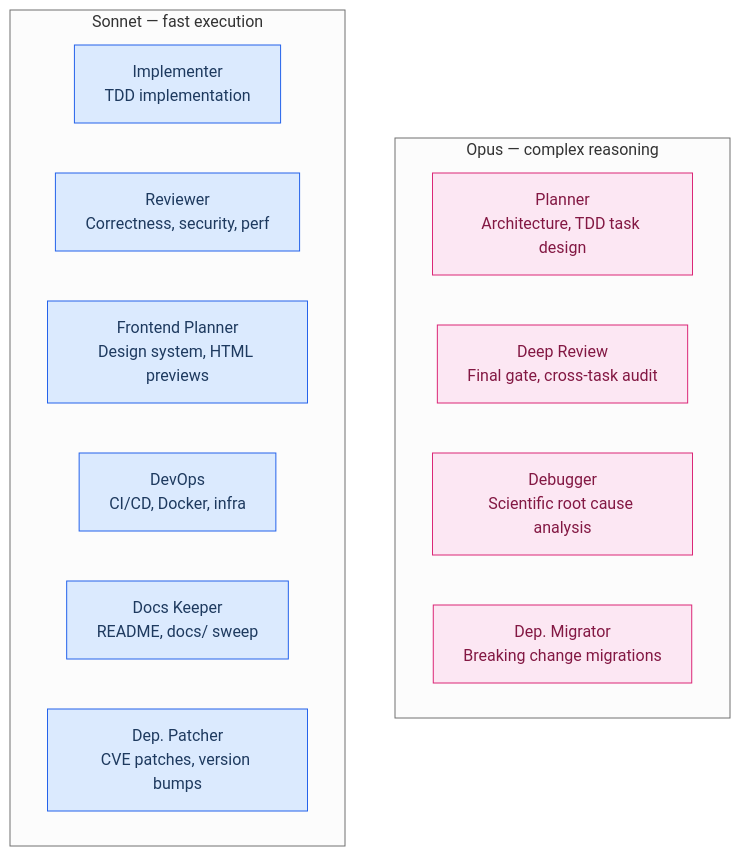
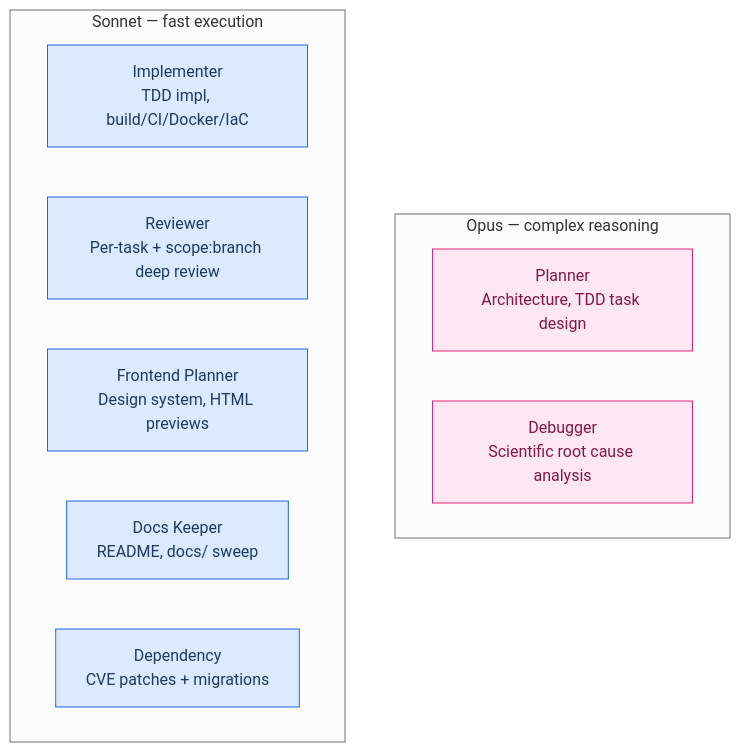
Before and after one commit to Conava/claude-devline: the fourth of 5 diagrams in README.md, drawn with Mermaid. The commit also changed other lines of this file and 60 other files, not shown here.

````diff
--- a/README.md
+++ b/README.md
@@ -254,25 +285,22 @@
 ```mermaid
 %%{init: {'theme': 'neutral'}}%%
 flowchart TB
     subgraph opus["Opus — complex reasoning"]
         planner["Planner\nArchitecture, TDD task design"]
-        deepreview["Deep Review\nFinal gate, cross-task audit"]
         debugger["Debugger\nScientific root cause analysis"]
-        migrator["Dep. Migrator\nBreaking change migrations"]
     end
 
     subgraph sonnet["Sonnet — fast execution"]
-        implementer["Implementer\nTDD implementation"]
-        reviewer["Reviewer\nCorrectness, security, perf"]
+        implementer["Implementer\nTDD impl, build/CI/Docker/IaC"]
+        reviewer["Reviewer\nPer-task + scope:branch deep review"]
         frontend["Frontend Planner\nDesign system, HTML previews"]
-        devops["DevOps\nCI/CD, Docker, infra"]
         docskeeper["Docs Keeper\nREADME, docs/ sweep"]
-        patcher["Dep. Patcher\nCVE patches, version bumps"]
+        dependency["Dependency\nCVE patches + migrations"]
     end
 
     classDef opusNode fill:#fce7f3,stroke:#db2777,color:#831843
     classDef sonnetNode fill:#dbeafe,stroke:#2563eb,color:#1e3a5f
 
-    class planner,deepreview,debugger,migrator opusNode
-    class implementer,reviewer,frontend,devops,docskeeper,patcher sonnetNode
+    class planner,debugger opusNode
+    class implementer,reviewer,frontend,docskeeper,dependency sonnetNode
 ```
````
